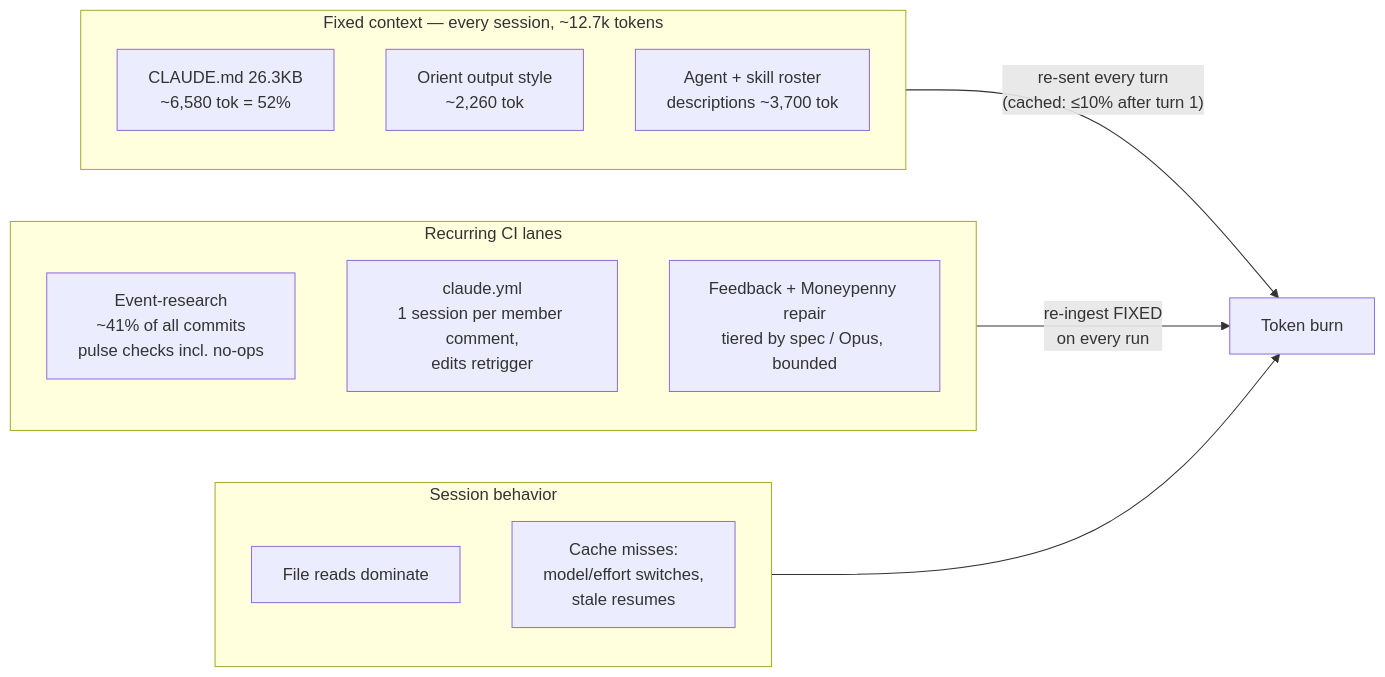
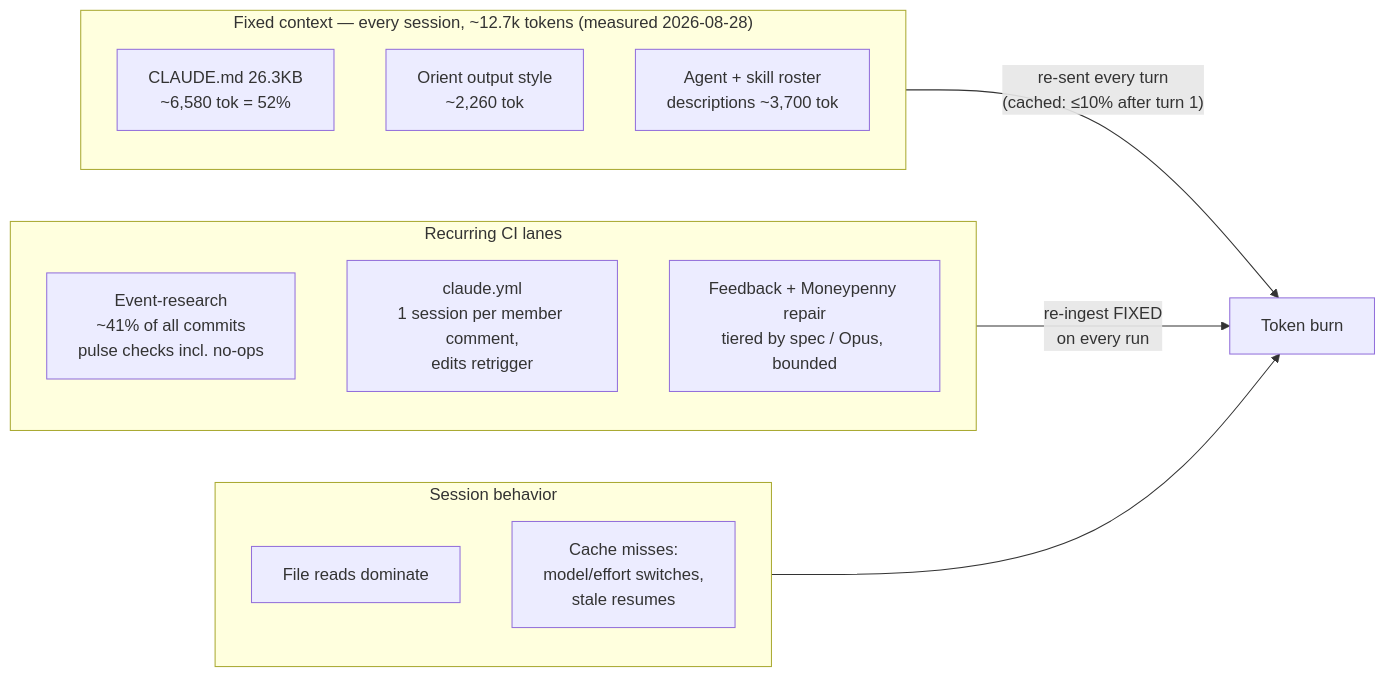
Before and after one commit to ejclark/skynet-capital: the diagram in docs/process/TOKEN-EFFICIENCY.md, drawn with Mermaid. The commit also changed other lines of this file, not shown here.

````diff
--- a/docs/process/TOKEN-EFFICIENCY.md
+++ b/docs/process/TOKEN-EFFICIENCY.md
@@ -34,20 +34,20 @@
 ```mermaid
 flowchart LR
-    subgraph FIXED["Fixed context — every session, ~12.7k tokens"]
+    subgraph FIXED["Fixed context — every session, ~12.7k tokens (measured 2026-08-28)"]
         A["CLAUDE.md 26.3KB<br/>~6,580 tok = 52%"]
         B["Orient output style<br/>~2,260 tok"]
         C["Agent + skill roster<br/>descriptions ~3,700 tok"]
     end
     subgraph LANES["Recurring CI lanes"]
         D["Event-research<br/>~41% of all commits<br/>pulse checks incl. no-ops"]
         E["claude.yml<br/>1 session per member comment,<br/>edits retrigger"]
         F["Feedback + Moneypenny repair<br/>tiered by spec / Opus, bounded"]
     end
     subgraph SESSION["Session behavior"]
         G["File reads dominate"]
         H["Cache misses:<br/>model/effort switches,<br/>stale resumes"]
     end
     FIXED -->|"re-sent every turn<br/>(cached: ≤10% after turn 1)"| COST["Token burn"]
     LANES -->|"re-ingest FIXED<br/>on every run"| COST
     SESSION --> COST
 ```
````
